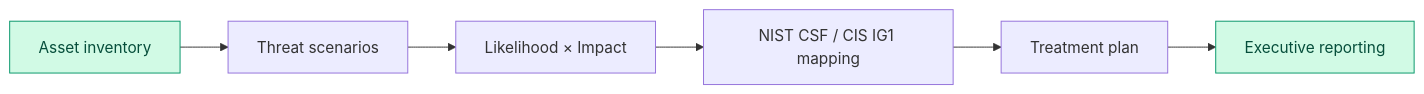
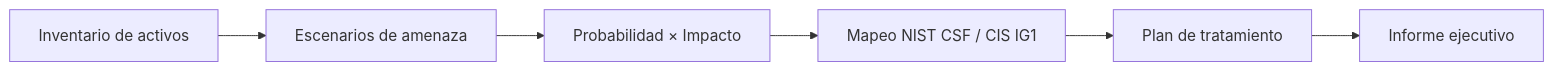
Before and after one commit to fefemora/it-portfolio-es: the second of 2 diagrams in Information-Security/Enterprise-Risk-Assessment/README.md, drawn with Mermaid. The commit also changed other lines of this file, not shown here.

Commit message:
docs(es): translate enterprise information security risk assessment overview and Mermaid flows

````diff
--- a/Information-Security/Enterprise-Risk-Assessment/README.md
+++ b/Information-Security/Enterprise-Risk-Assessment/README.md
@@ -48,10 +44,8 @@
 ```mermaid
 flowchart LR
-    A["Asset inventory"] --> B["Threat scenarios"]
-    B --> C["Likelihood × Impact"]
-    C --> D["NIST CSF / CIS IG1 mapping"]
-    D --> E["Treatment plan"]
-    E --> F["Executive reporting"]
-    style A fill:#d1fae5,stroke:#059669,color:#064e3b
-    style F fill:#d1fae5,stroke:#059669,color:#064e3b
+    A[Inventario de activos] --> B[Escenarios de amenaza]
+    B --> C[Probabilidad × Impacto]
+    C --> D[Mapeo NIST CSF / CIS IG1]
+    D --> E[Plan de tratamiento]
+    E --> F[Informe ejecutivo]
 ```
````
